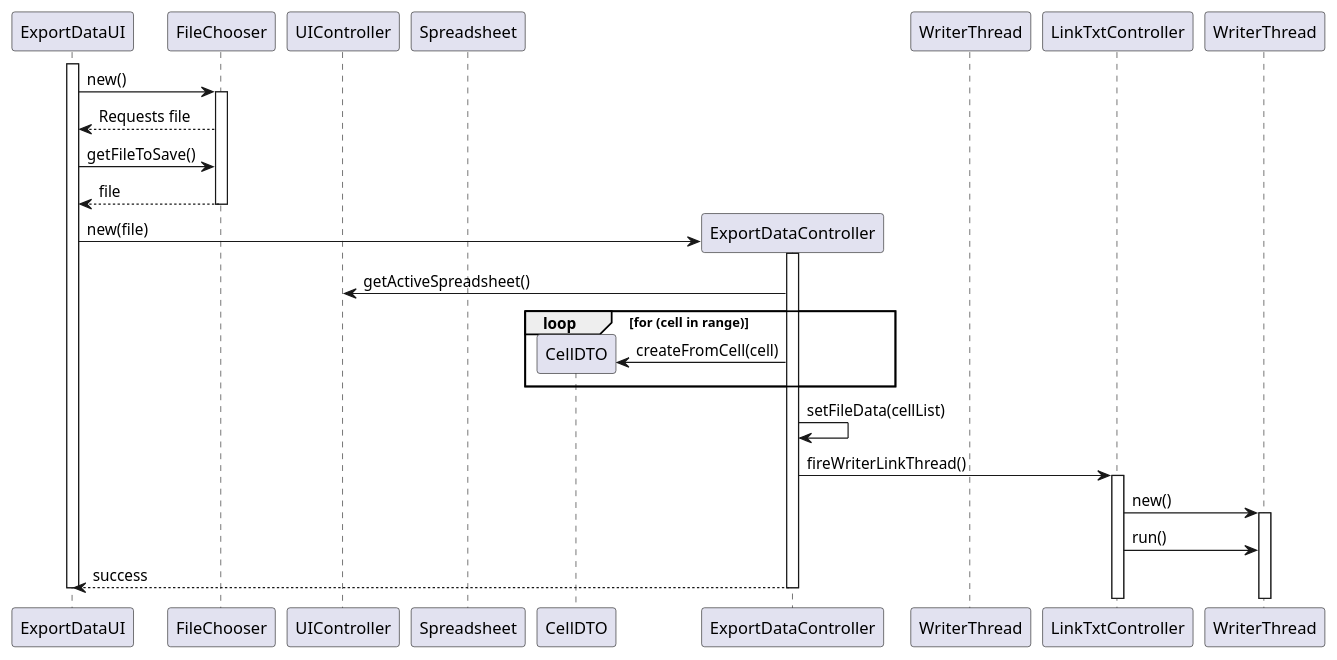
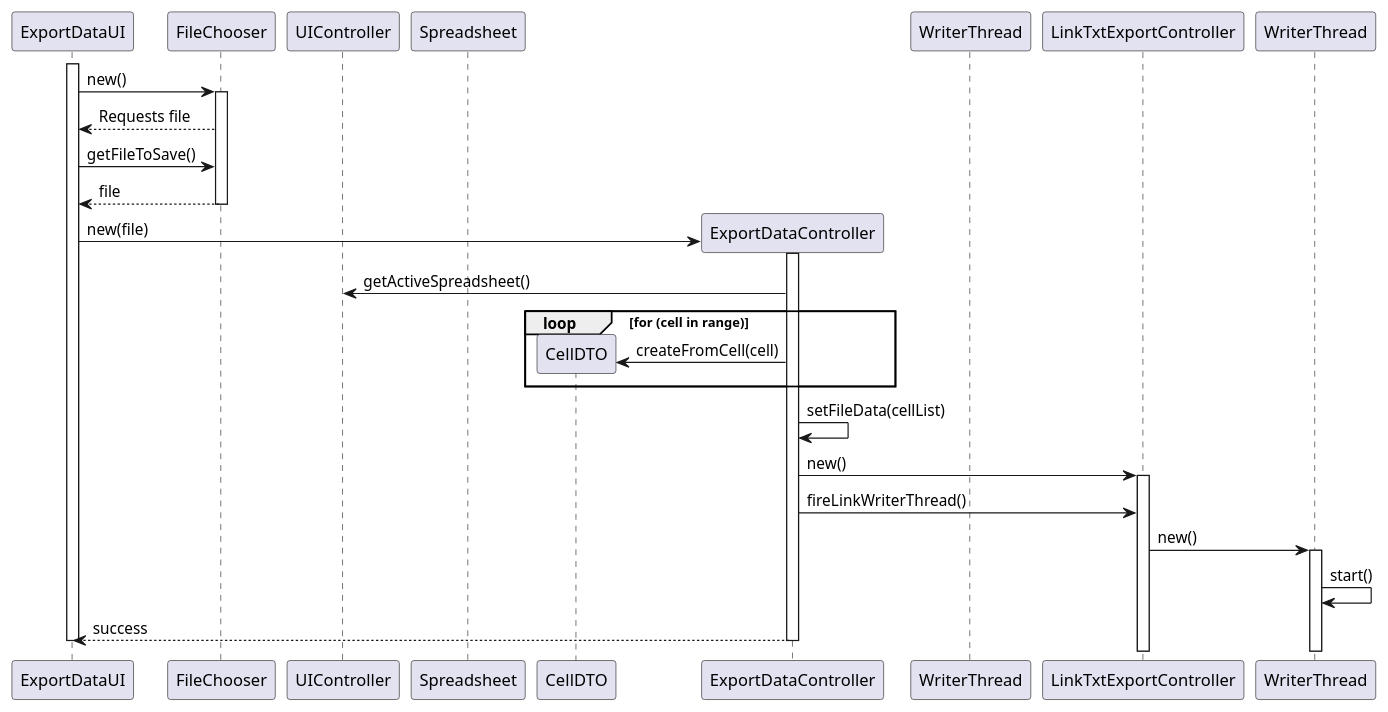
The diagram in src/main/java/lapr4/blue/s2/ipc/n1141570/importExportTxtLink/ipc04_02_design_export.puml (MikeTekOn/lapr4-2017-2dd), drawn with PlantUML before and after one commit. The commit also changed 12 other files, not shown here.

```diff
--- a/src/main/java/lapr4/blue/s2/ipc/n1141570/importExportTxtLink/ipc04_02_design_export.puml
+++ b/src/main/java/lapr4/blue/s2/ipc/n1141570/importExportTxtLink/ipc04_02_design_export.puml
@@ -1,37 +1,38 @@
 @startuml ipc04_02_design_export.png
 
 participant "ExportDataUI" as UI
 participant "FileChooser" as FileChooser
 participant "ExportDataController" as Controller
 participant "UIController" as UIController
 participant "Spreadsheet" as Spreadsheet
 participant "CellDTO" as CellDTO
-participant "LinkTxtController" as Controller
+participant "LinkTxtExportController" as Controller
 participant "WriterThread" as Thread
 
 activate UI
 UI -> FileChooser : new()
 activate FileChooser
 UI <-- FileChooser : Requests file
 UI -> FileChooser : getFileToSave()
 UI <-- FileChooser : file
 deactivate FileChooser
 create Controller
 UI -> Controller : new(file)
 activate Controller
 Controller -> UIController : getActiveSpreadsheet()
 loop for (cell in range)
     create CellDTO
     Controller -> CellDTO : createFromCell(cell)
 end
 Controller -> Controller : setFileData(cellList)
-Controller -> LinkTxtController : fireWriterLinkThread()
-activate LinkTxtController
-LinkTxtController -> WriterThread : new()
+Controller -> LinkTxtExportController : new()
+activate LinkTxtExportController
+Controller -> LinkTxtExportController : fireLinkWriterThread()
+LinkTxtExportController -> WriterThread : new()
 activate WriterThread
-LinkTxtController -> WriterThread : run()
+WriterThread -> WriterThread : start()
 UI <-- Controller : success
 deactivate Controller
 deactivate UI
 
 @enduml ipc04_02_design_export.png
```
